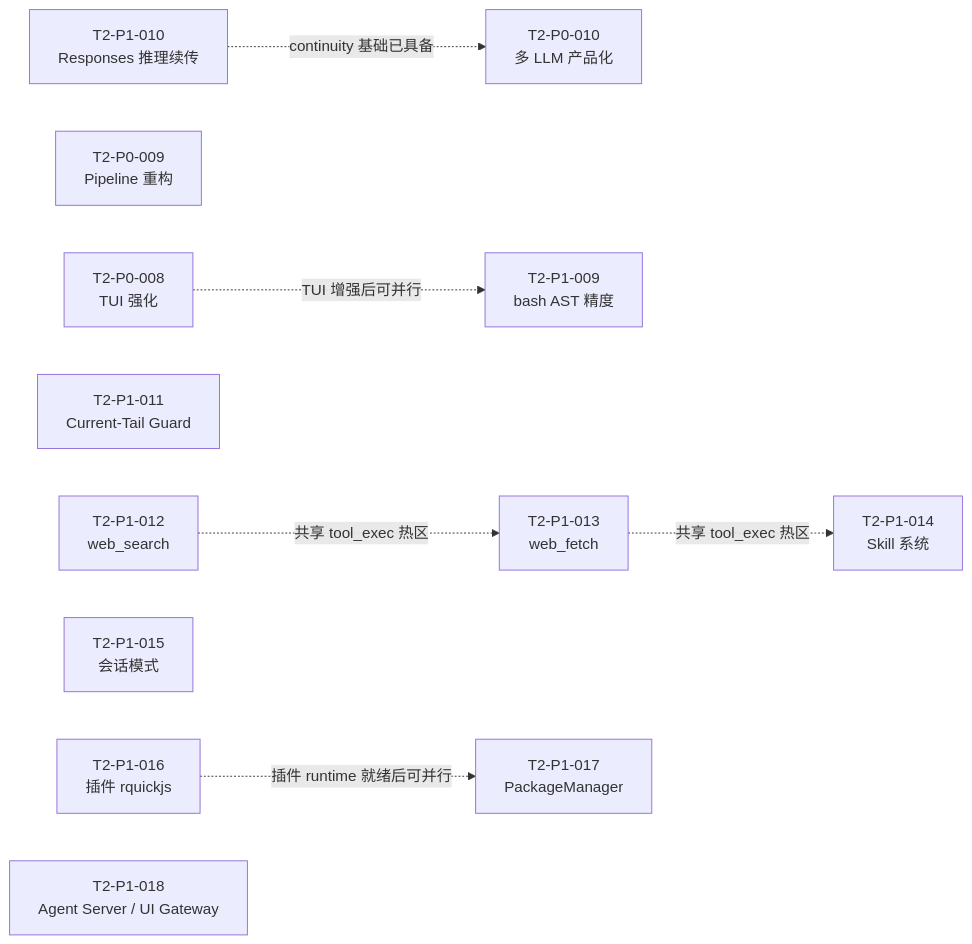
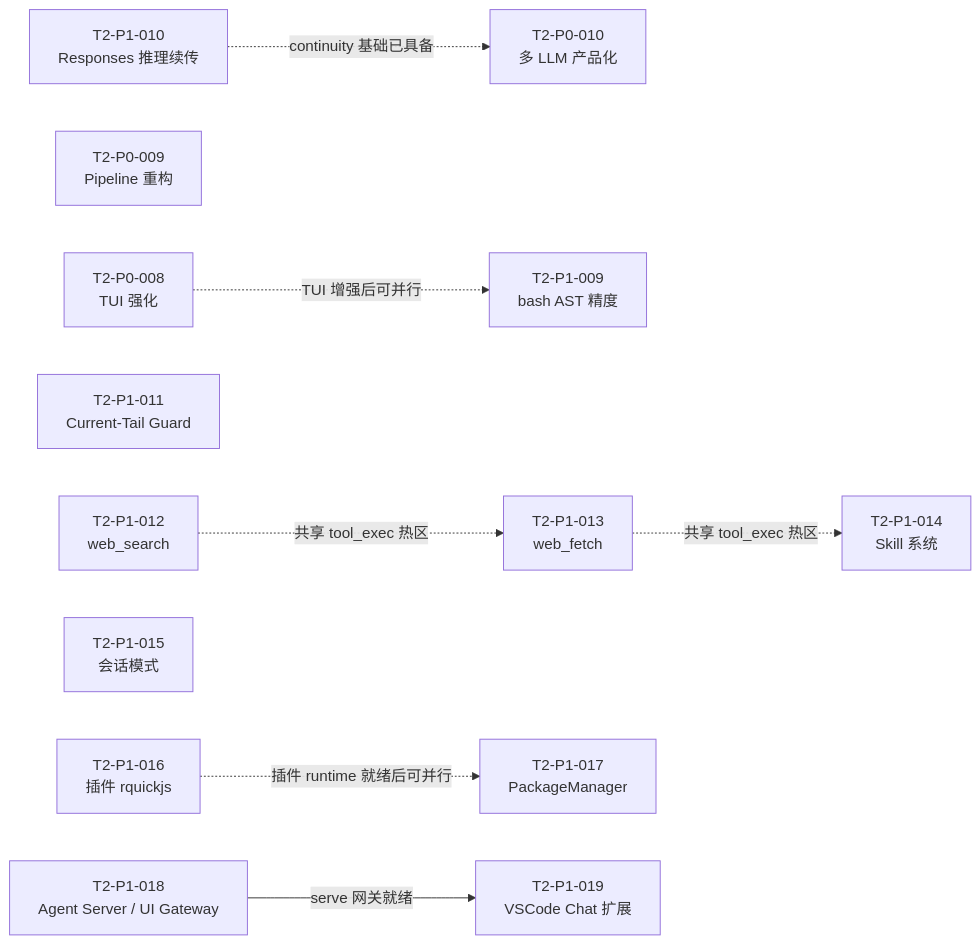
One commit to teisun/tomcat-agent changed the diagram in tomcat/docs/agents/TASK_BOARD_002/README.md. Above: the diagram before and after it, drawn with Mermaid. The commit also changed other lines of this file and 4 other files, not shown here.

````diff
--- a/tomcat/docs/agents/TASK_BOARD_002/README.md
+++ b/tomcat/docs/agents/TASK_BOARD_002/README.md
@@ -55,31 +56,34 @@
 ```mermaid
 flowchart LR
     P008[T2-P0-008<br/>TUI 强化]
     P009[T2-P0-009<br/>Pipeline 重构]
     P010[T2-P0-010<br/>多 LLM 产品化]
     P109[T2-P1-009<br/>bash AST 精度]
     P110[T2-P1-010<br/>Responses 推理续传]
     P111[T2-P1-011<br/>Current-Tail Guard]
     P112[T2-P1-012<br/>web_search]
     P113[T2-P1-013<br/>web_fetch]
     P114[T2-P1-014<br/>Skill 系统]
     P115[T2-P1-015<br/>会话模式]
     P116[T2-P1-016<br/>插件 rquickjs]
     P117[T2-P1-017<br/>PackageManager]
     P118[T2-P1-018<br/>Agent Server / UI Gateway]
+    P119[T2-P1-019<br/>VSCode Chat 扩展]
     P008 -.->|TUI 增强后可并行| P109
     P112 -.->|共享 tool_exec 热区| P113
     P113 -.->|共享 tool_exec 热区| P114
     P110 -.->|continuity 基础已具备| P010
     P009
     P110
     P111
     P112
     P113
     P114
     P115
     P116
     P117
     P118
+    P119
+    P118 -->|serve 网关就绪| P119
     P116 -.->|插件 runtime 就绪后可并行| P117
 ```
````
